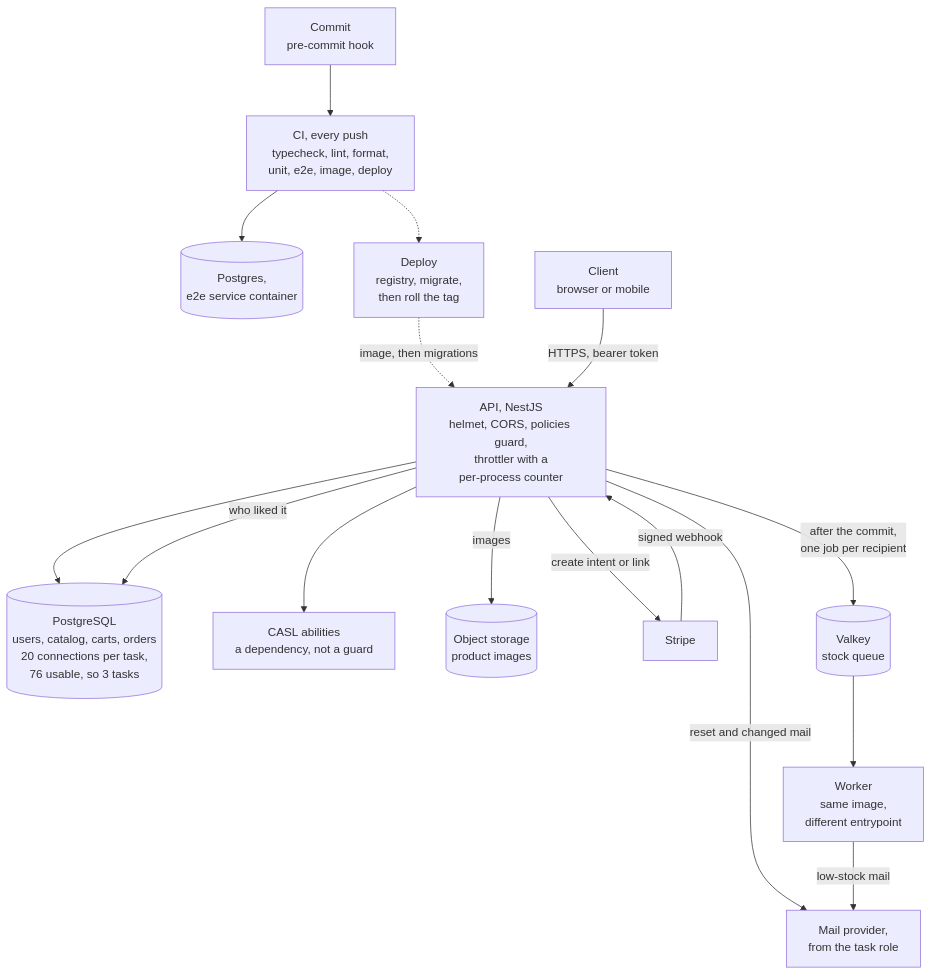
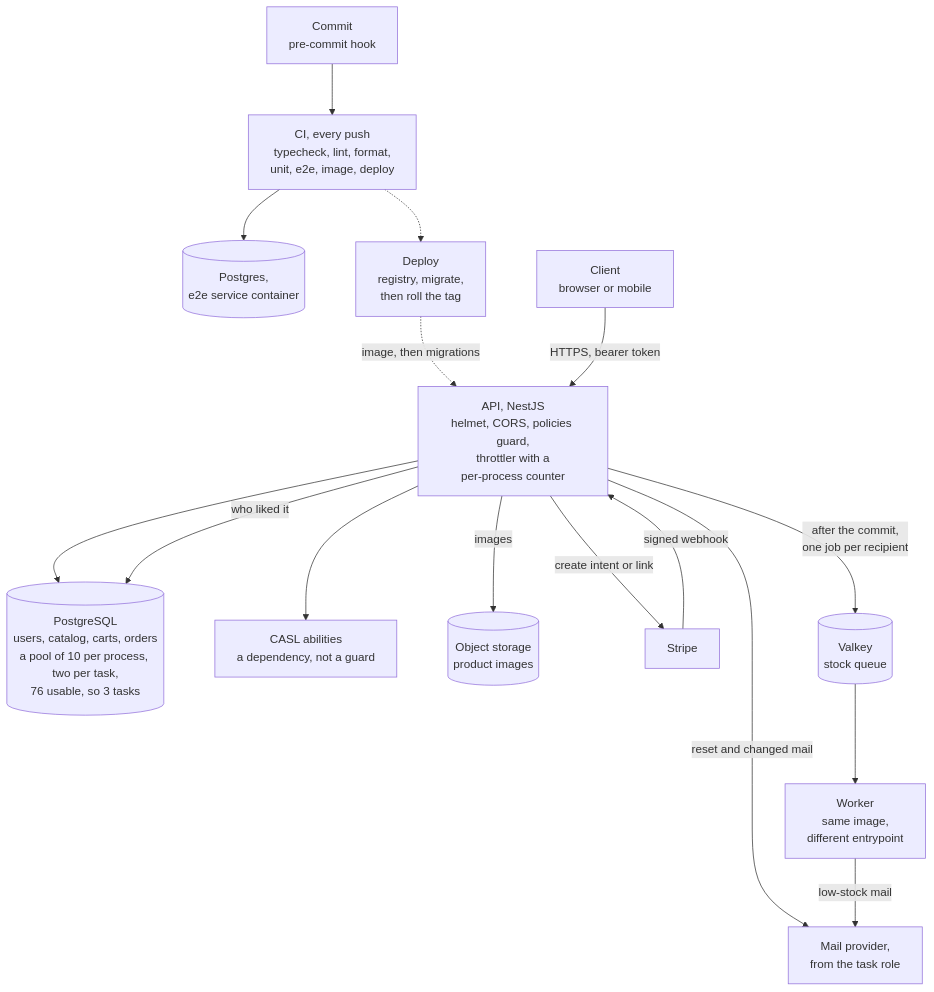
The diagram in ARCHITECTURE.md (f3r21/t-shirt-store-api), drawn with Mermaid before and after one commit.

Commit message:
docs: name the pool per process in the architecture diagram

````diff
--- a/ARCHITECTURE.md
+++ b/ARCHITECTURE.md
@@ -5,35 +5,35 @@
 ```mermaid
 %%{init: {"flowchart": {"nodeSpacing": 70, "rankSpacing": 70}}}%%
 flowchart TB
     code["Commit<br/>pre-commit hook"]
     ci["CI, every push<br/>typecheck, lint, format,<br/>unit, e2e, image, deploy"]
     citest[("Postgres,<br/>e2e service container")]
     deploy["Deploy<br/>registry, migrate,<br/>then roll the tag"]
 
     client["Client<br/>browser or mobile"]
     api["API, NestJS<br/>helmet, CORS, policies guard,<br/>throttler with a<br/>per-process counter"]
-    pg[("PostgreSQL<br/>users, catalog, carts, orders<br/>20 connections per task,<br/>76 usable, so 3 tasks")]
+    pg[("PostgreSQL<br/>users, catalog, carts, orders<br/>a pool of 10 per process, two per task,<br/>76 usable, so 3 tasks")]
     casl["CASL abilities<br/>a dependency, not a guard"]
     store[("Object storage<br/>product images")]
     smtp["Mail provider,<br/>from the task role"]
     stripe["Stripe"]
     valkey[("Valkey<br/>stock queue")]
     worker["Worker<br/>same image,<br/>different entrypoint"]
 
     code --> ci
     ci --> citest
     ci -.-> deploy
     deploy -.->|"image, then migrations"| api
 
     client -->|"HTTPS, bearer token"| api
     api --> pg
     api -->|"who liked it"| pg
     api --> casl
     api -->|"images"| store
     api -->|"reset and changed mail"| smtp
     api -->|"create intent or link"| stripe
     api -->|"after the commit,<br/>one job per recipient"| valkey
     stripe -->|"signed webhook"| api
     valkey --> worker
     worker -->|"low-stock mail"| smtp
 ```
````
